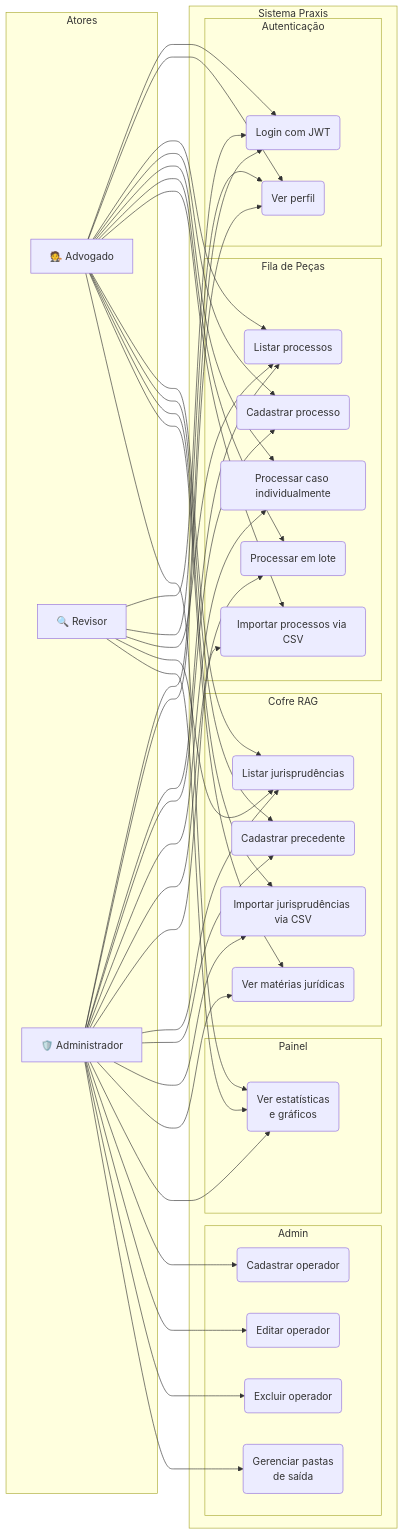
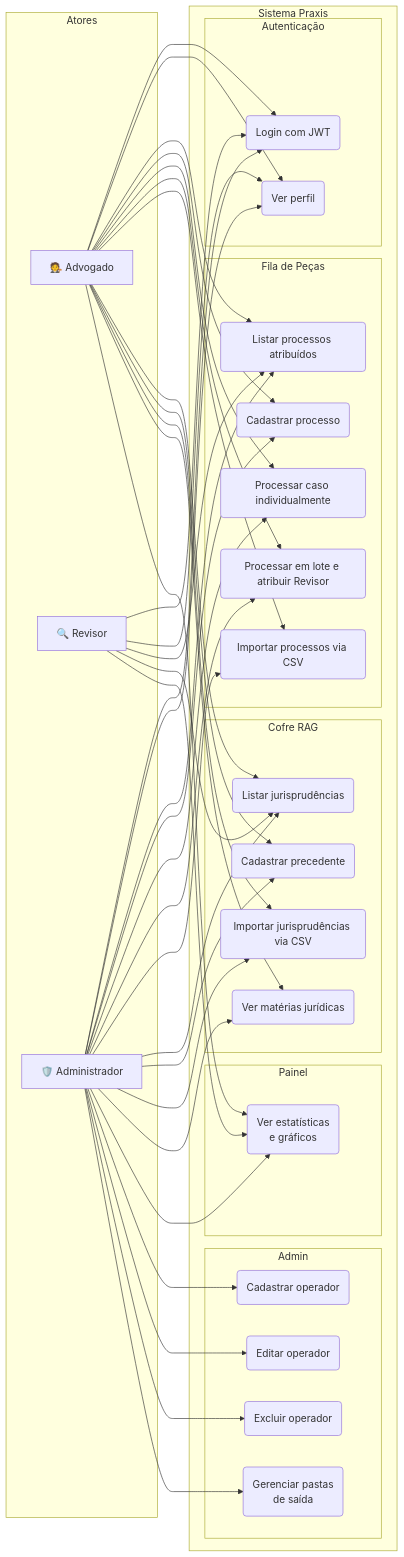
The sixth of 8 diagrams in FLUXOS.md (nsouzarj/juridicoia), drawn with Mermaid before and after one commit. The commit also changed other lines of this file and 7 other files, not shown here.

````diff
--- a/FLUXOS.md
+++ b/FLUXOS.md
@@ -293,77 +293,77 @@
 ```mermaid
 graph LR
     subgraph Atores
         Adv[🧑‍⚖️ Advogado]
         Rev[🔍 Revisor]
         Adm[🛡️ Administrador]
     end
 
     subgraph Sistema Praxis
         subgraph Autenticação
             UC1(Login com JWT)
             UC2(Ver perfil)
         end
 
         subgraph Fila de Peças
-            UC3(Listar processos)
+            UC3(Listar processos atribuídos)
             UC4(Cadastrar processo)
             UC5(Processar caso individualmente)
-            UC6(Processar em lote)
+            UC6(Processar em lote e atribuir Revisor)
             UC7(Importar processos via CSV)
         end
 
         subgraph Cofre RAG
             UC8(Listar jurisprudências)
             UC9(Cadastrar precedente)
             UC10(Importar jurisprudências via CSV)
             UC11(Ver matérias jurídicas)
         end
 
         subgraph Painel
             UC12(Ver estatísticas\ne gráficos)
         end
 
         subgraph Admin
             UC13(Cadastrar operador)
             UC14(Editar operador)
             UC15(Excluir operador)
             UC16(Gerenciar pastas\nde saída)
         end
     end
 
     Adv --> UC1
     Adv --> UC2
     Adv --> UC3
     Adv --> UC4
     Adv --> UC5
     Adv --> UC6
     Adv --> UC7
     Adv --> UC8
     Adv --> UC9
     Adv --> UC10
     Adv --> UC11
     Adv --> UC12
 
     Rev --> UC1
     Rev --> UC2
     Rev --> UC3
     Rev --> UC8
     Rev --> UC12
 
     Adm --> UC1
     Adm --> UC2
     Adm --> UC3
     Adm --> UC4
     Adm --> UC5
     Adm --> UC6
     Adm --> UC7
     Adm --> UC8
     Adm --> UC9
     Adm --> UC10
     Adm --> UC11
     Adm --> UC12
     Adm --> UC13
     Adm --> UC14
     Adm --> UC15
     Adm --> UC16
 ```
````
